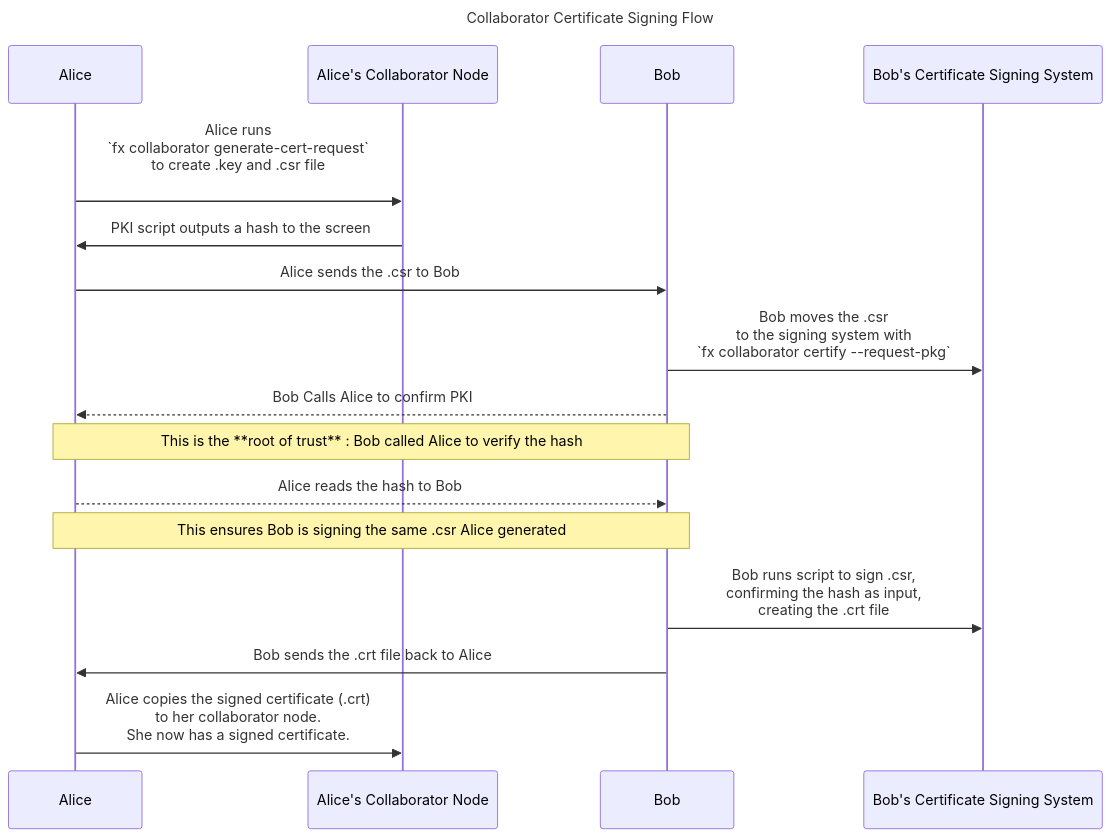
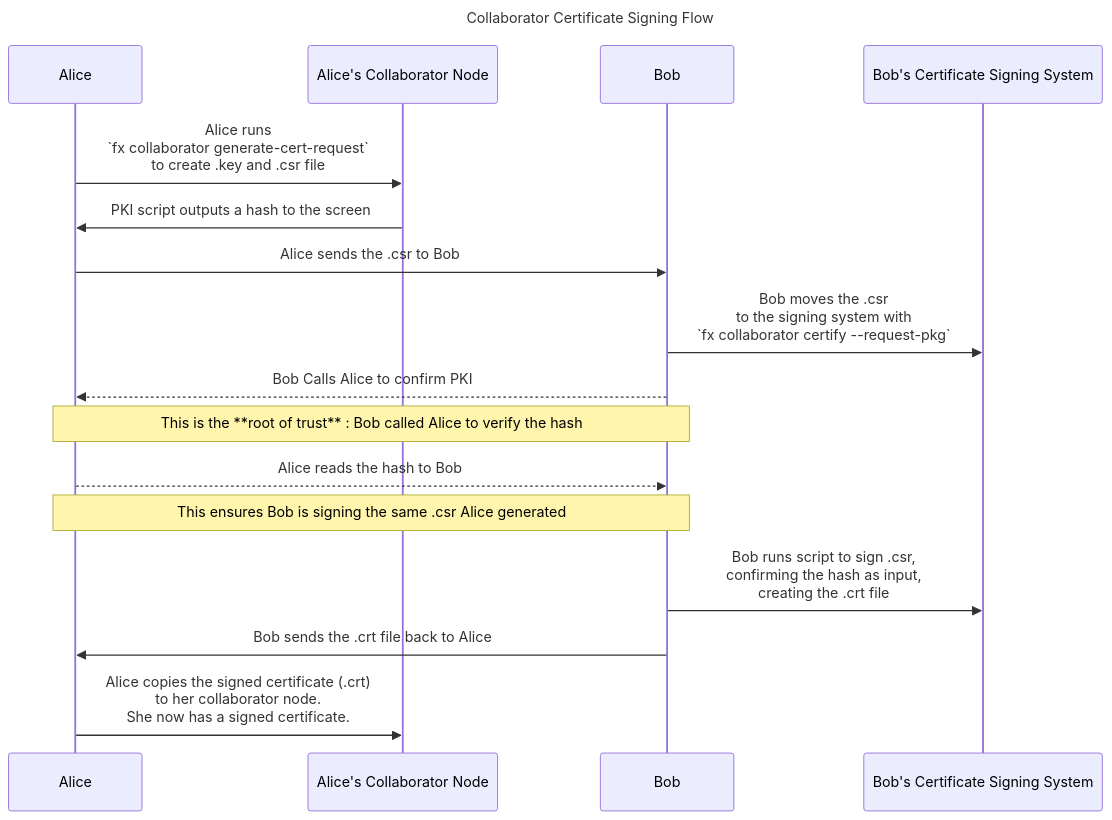
One commit to securefederatedai/openfl changed the diagram in docs/mermaid/CSR_signing.mmd. Above: the diagram before and after it, drawn with Mermaid. The commit also changed 6 other files, not shown here.

```diff
--- a/docs/mermaid/CSR_signing.mmd
+++ b/docs/mermaid/CSR_signing.mmd
@@ -1,17 +1,17 @@
 sequenceDiagram
 Title: Collaborator Certificate Signing Flow 
   participant A as Alice
   participant AC as Alice's Collaborator Node
   participant B as Bob
   participant BG as Bob's Certificate Signing System
-  A->>AC: Alice runs<br>`fx collaborator generate-cert-request`<br>to create .key and .csr file<br>
+  A->>AC: Alice runs<br>`fx collaborator generate-cert-request`<br>to create .key and .csr file
   AC->>A: PKI script outputs a hash to the screen
   A->>B: Alice sends the .csr to Bob
   B->>BG: Bob moves the .csr<br/> to the signing system with<br>`fx collaborator certify --request-pkg`
   B-->>A: Bob Calls Alice to confirm PKI
   Note over A,B: This is the **root of trust** : Bob called Alice to verify the hash 
   A-->>B: Alice reads the hash to Bob
   Note over A,B: This ensures Bob is signing the same .csr Alice generated
   B->>BG: Bob runs script to sign .csr,<br/> confirming the hash as input,<br/> creating the .crt file
   B->>A: Bob sends the .crt file back to Alice
   A->>AC: Alice copies the signed certificate (.crt)<br/>to her collaborator node.<br/>She now has a signed certificate.
```
